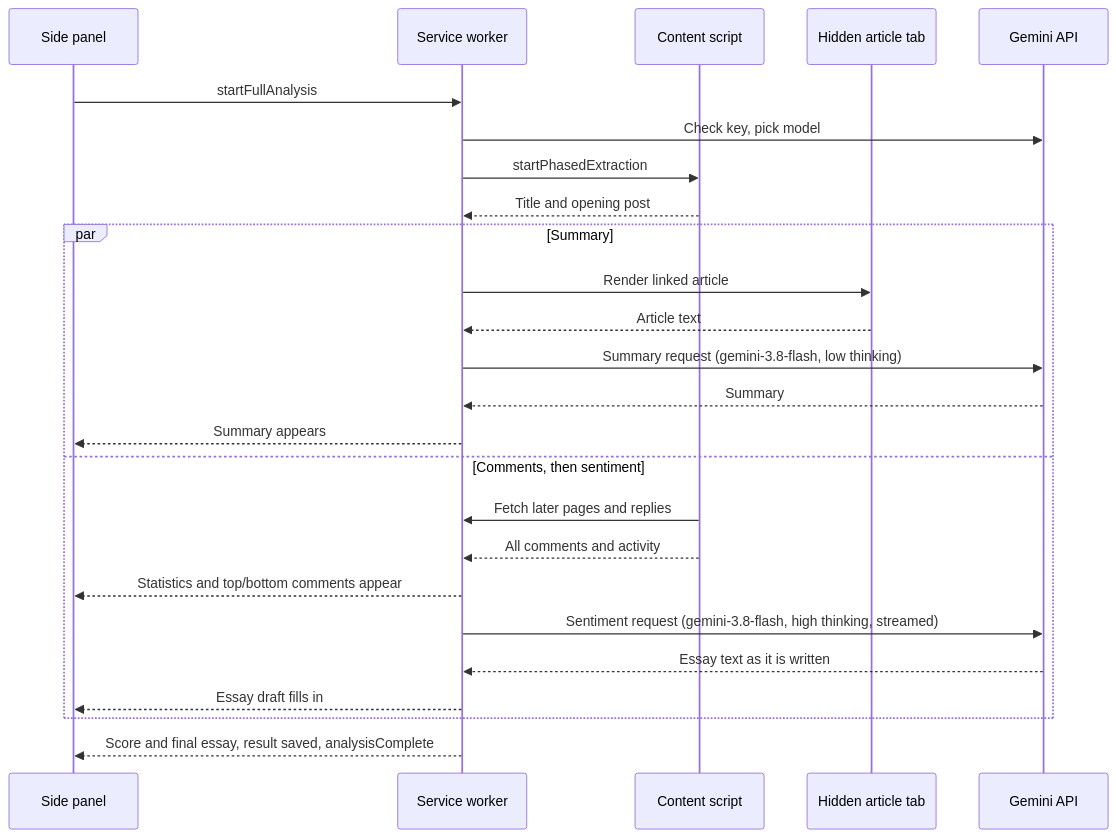
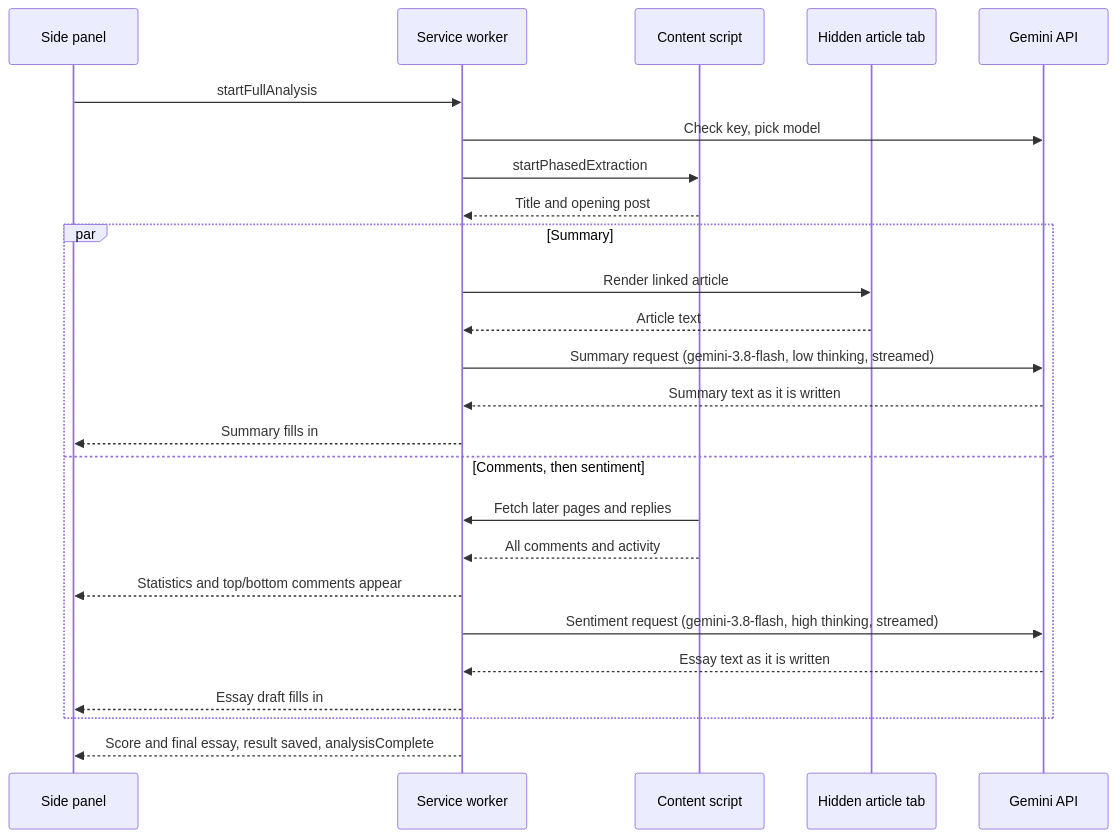
One commit to JGKarlin/girlsinsight changed the diagram in README.md. Above: the diagram before and after it, drawn with Mermaid. The commit also changed other lines of this file and 6 other files, not shown here.

````diff
--- a/README.md
+++ b/README.md
@@ -103,28 +103,28 @@
 ```mermaid
 sequenceDiagram
     participant P as Side panel
     participant B as Service worker
     participant C as Content script
     participant T as Hidden article tab
     participant G as Gemini API
 
     P->>B: startFullAnalysis
     B->>G: Check key, pick model
     B->>C: startPhasedExtraction
     C-->>B: Title and opening post
     par Summary
         B->>T: Render linked article
         T-->>B: Article text
-        B->>G: Summary request (gemini-3.8-flash, low thinking)
-        G-->>B: Summary
-        B-->>P: Summary appears
+        B->>G: Summary request (gemini-3.8-flash, low thinking, streamed)
+        G-->>B: Summary text as it is written
+        B-->>P: Summary fills in
     and Comments, then sentiment
         C->>B: Fetch later pages and replies
         C-->>B: All comments and activity
         B-->>P: Statistics and top/bottom comments appear
         B->>G: Sentiment request (gemini-3.8-flash, high thinking, streamed)
         G-->>B: Essay text as it is written
         B-->>P: Essay draft fills in
     end
     B-->>P: Score and final essay, result saved, analysisComplete
 ```
````
